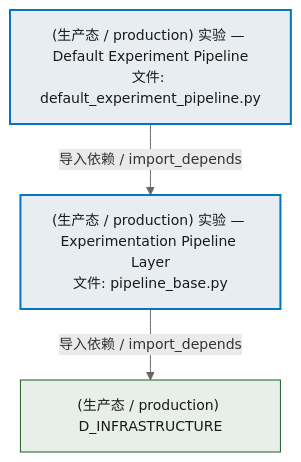
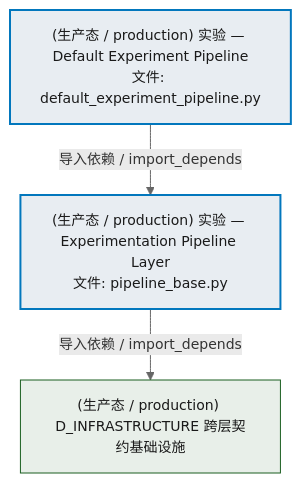
Before and after one commit to xuanFelixVan/ZephyrAlpha: the second of 3 diagrams in docs/02_enterprise_architecture/02_domain_architecture_docs/70_d_simulation.md, drawn with Mermaid. The commit also changed other lines of this file and 45 other files, not shown here.

````diff
--- a/docs/02_enterprise_architecture/02_domain_architecture_docs/70_d_simulation.md
+++ b/docs/02_enterprise_architecture/02_domain_architecture_docs/70_d_simulation.md
@@ -82,15 +82,15 @@
 ```mermaid
 %%{init: {'theme': 'base', 'themeVariables': {'primaryColor': '#eaeaea', 'primaryTextColor': '#333333', 'primaryBorderColor': '#666666', 'lineColor': '#666666', 'secondaryColor': '#eaeaea', 'tertiaryColor': '#eaeaea', 'fontSize': '14px'}}}%%
 flowchart TD
     src_zephyr_simulation_implementations_default_experiment_pipeline_py["(生产态 / production) 实验 — Default Experiment Pipeline<br/>文件: default_experiment_pipeline.py"]
     src_zephyr_simulation_pipeline_base_py["(生产态 / production) 实验 — Experimentation Pipeline Layer<br/>文件: pipeline_base.py"]
     src_zephyr_simulation_implementations_default_experiment_pipeline_py -->|导入依赖 / import_depends| src_zephyr_simulation_pipeline_base_py
-    D_INFRASTRUCTURE["(生产态 / production) D_INFRASTRUCTURE"]
+    D_INFRASTRUCTURE["(生产态 / production) D_INFRASTRUCTURE 跨层契约基础设施"]
     src_zephyr_simulation_pipeline_base_py -->|导入依赖 / import_depends| D_INFRASTRUCTURE
     classDef production fill:#e8edf2,stroke:#0277bd,stroke-width:2px,color:#1a1a1a
     classDef design fill:#f0ebe3,stroke:#bf360c,stroke-width:2px,color:#1a1a1a,stroke-dasharray: 5 5
     classDef external_prod fill:#e8efe9,stroke:#1b5e20,stroke-width:1px,color:#1a1a1a
     classDef external_design fill:#efe5ea,stroke:#880e4f,stroke-width:1px,color:#1a1a1a,stroke-dasharray: 5 5
     class src_zephyr_simulation_implementations_default_experiment_pipeline_py,src_zephyr_simulation_pipeline_base_py production
     class D_INFRASTRUCTURE external_prod
 ```
````
